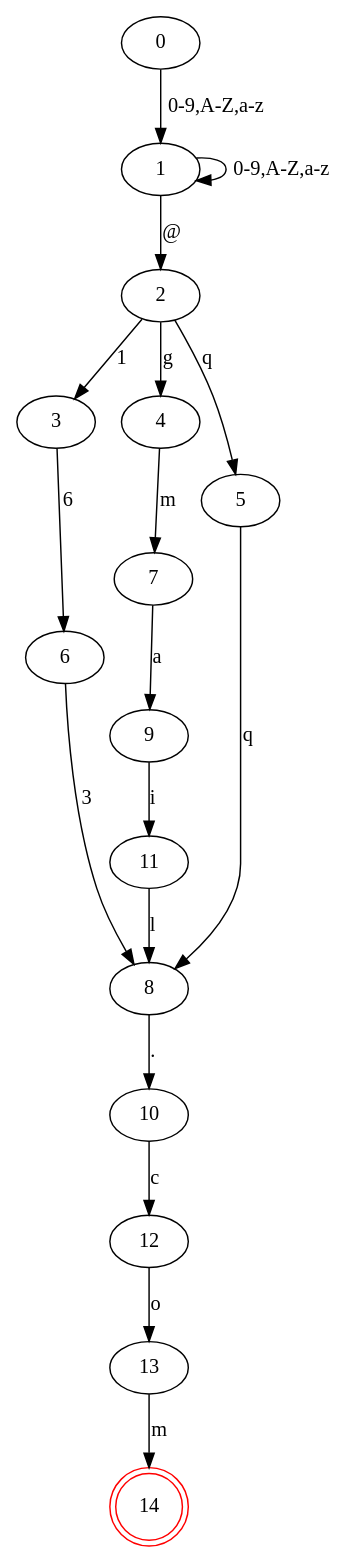
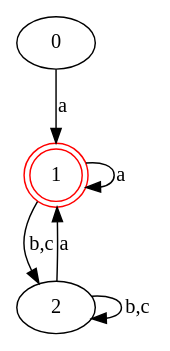
The diagram in tmp/test_mindfa.dot (JameyWoo/re2graph), drawn with Graphviz before and after one commit. The commit also changed 7 other files, not shown here.

```diff
--- a/tmp/test_mindfa.dot
+++ b/tmp/test_mindfa.dot
@@ -1,34 +1,10 @@
 digraph {
 	0 [label="0"]
-	1 [label="1"]
+	1 [label="1" color=red shape=doublecircle]
 	2 [label="2"]
-	3 [label="3"]
-	4 [label="4"]
-	5 [label="5"]
-	6 [label="6"]
-	7 [label="7"]
-	8 [label="8"]
-	9 [label="9"]
-	10 [label="10"]
-	11 [label="11"]
-	12 [label="12"]
-	13 [label="13"]
-	14 [label="14" color=red shape=doublecircle]
-	0 -> 1 [label="0-9,A-Z,a-z"]
-	1 -> 1 [label="0-9,A-Z,a-z"]
-	1 -> 2 [label="@"]
-	2 -> 3 [label="1"]
-	2 -> 4 [label="g"]
-	2 -> 5 [label="q"]
-	3 -> 6 [label="6"]
-	4 -> 7 [label="m"]
-	5 -> 8 [label="q"]
-	6 -> 8 [label="3"]
-	7 -> 9 [label="a"]
-	8 -> 10 [label="."]
-	9 -> 11 [label="i"]
-	10 -> 12 [label="c"]
-	11 -> 8 [label="l"]
-	12 -> 13 [label="o"]
-	13 -> 14 [label="m"]
+	0 -> 1 [label="a"]
+	1 -> 1 [label="a"]
+	1 -> 2 [label="b,c"]
+	2 -> 1 [label="a"]
+	2 -> 2 [label="b,c"]
 }
```
